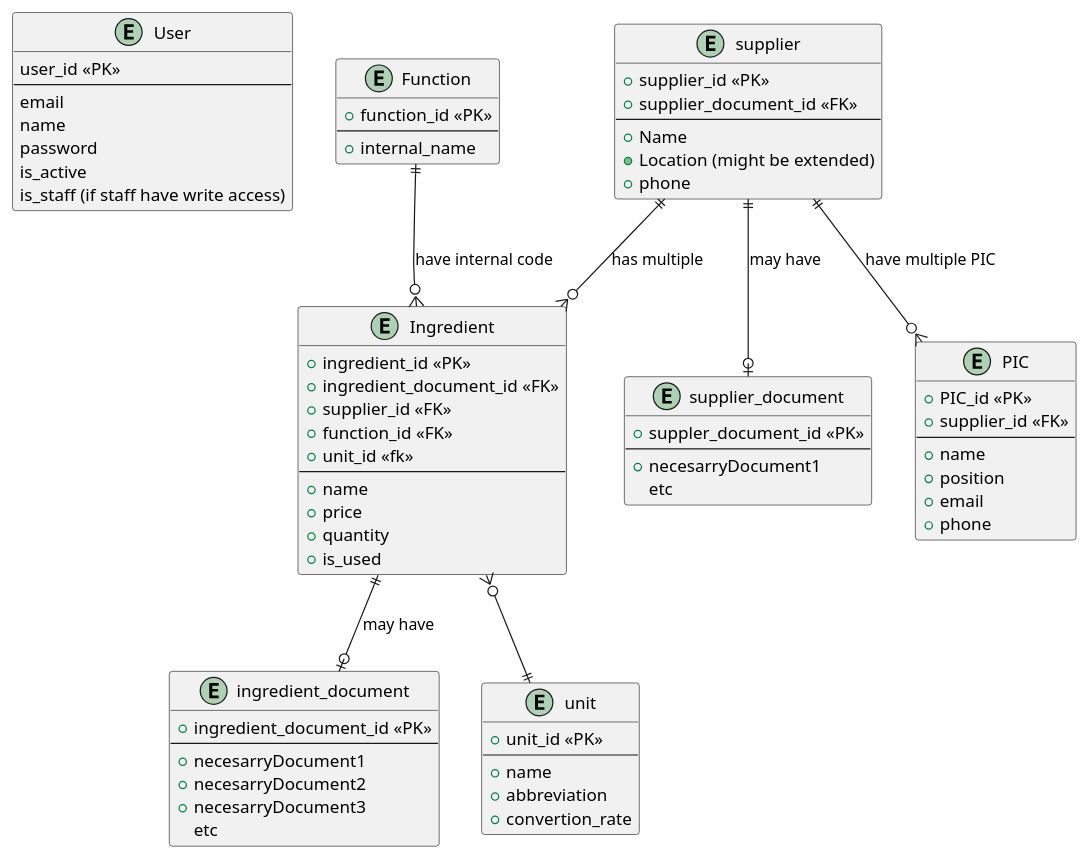
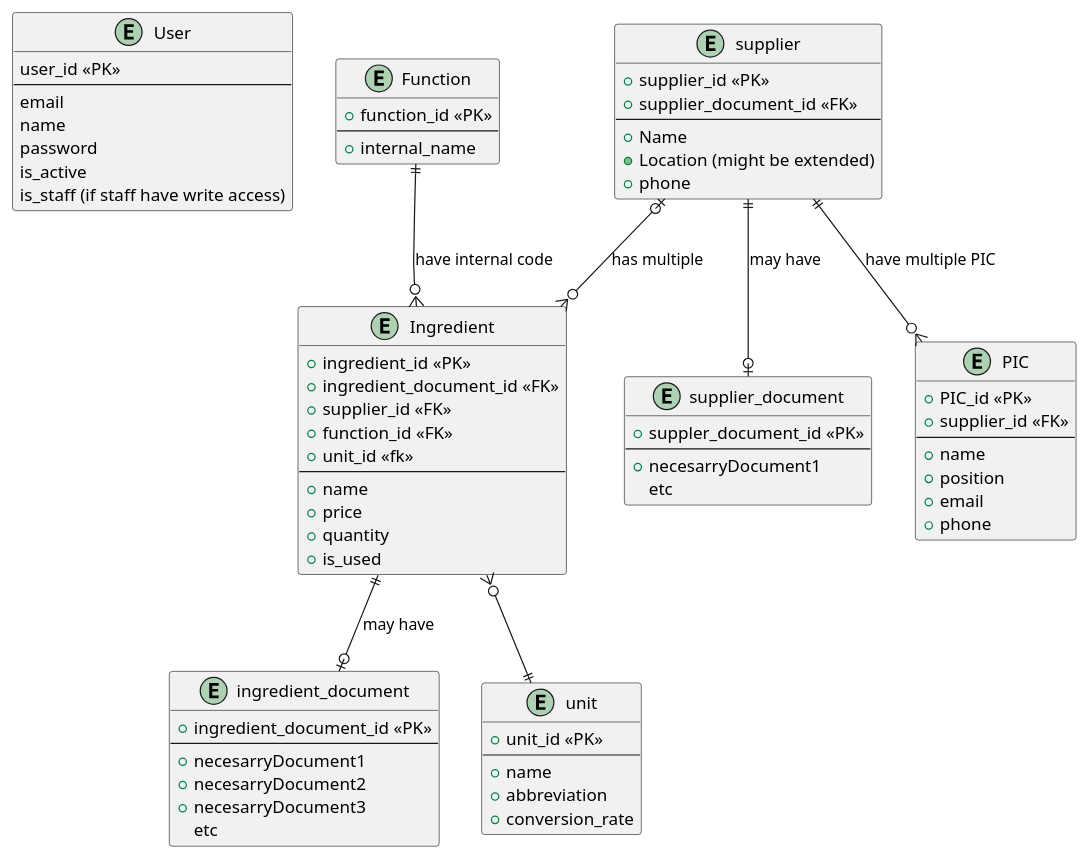
The diagram in DatabaseDesign.puml (Revelvol/supplierManagementApi), drawn with PlantUML before and after one commit. The commit also changed 2 other files, not shown here.

Commit message:
added filter to the ingredient

```diff
--- a/DatabaseDesign.puml
+++ b/DatabaseDesign.puml
@@ -1,88 +1,88 @@
 @startuml
 
 entity User {
    user_id <<PK>>
    --
    email
    name
    password
    is_active
    is_staff (if staff have write access)
 }
 
 entity Ingredient {
   +ingredient_id <<PK>>
 +ingredient_document_id <<FK>>
   +supplier_id <<FK>>
   +function_id <<FK>>
   +unit_id <<fk>>
   --
   +name
   +price
   +quantity
   +is_used
 }
 
 entity Function {
   +function_id <<PK>>
   --
   +internal_name
 }
 
 entity ingredient_document {
   +ingredient_document_id <<PK>>
   --
   +necesarryDocument1
   +necesarryDocument2
   +necesarryDocument3
   etc
 }
 
 entity unit {
 + unit_id <<PK>>
 --
 +name
 +abbreviation
-+convertion_rate
++conversion_rate
 }
 entity supplier {
   +supplier_id <<PK>>
   +supplier_document_id <<FK>>
   --
   +Name
   +Location (might be extended)
   +phone
 }
 
 entity supplier_document {
   +suppler_document_id <<PK>>
   --
   +necesarryDocument1
   etc
 }
 
 entity PIC{
   +PIC_id <<PK>>
   +supplier_id <<FK>>
   --
   +name
   +position
   +email
   +phone
 }
 
 
 
-supplier ||--o{ Ingredient : has multiple
+supplier |o--o{ Ingredient : has multiple
 
 supplier ||--o| supplier_document : may have
 
 Function ||--o{ Ingredient : have internal code
 
 Ingredient ||--o| ingredient_document : may have
 
 supplier ||--o{ PIC : have multiple PIC
 
 Ingredient }o--|| unit
 
 @enduml
```
